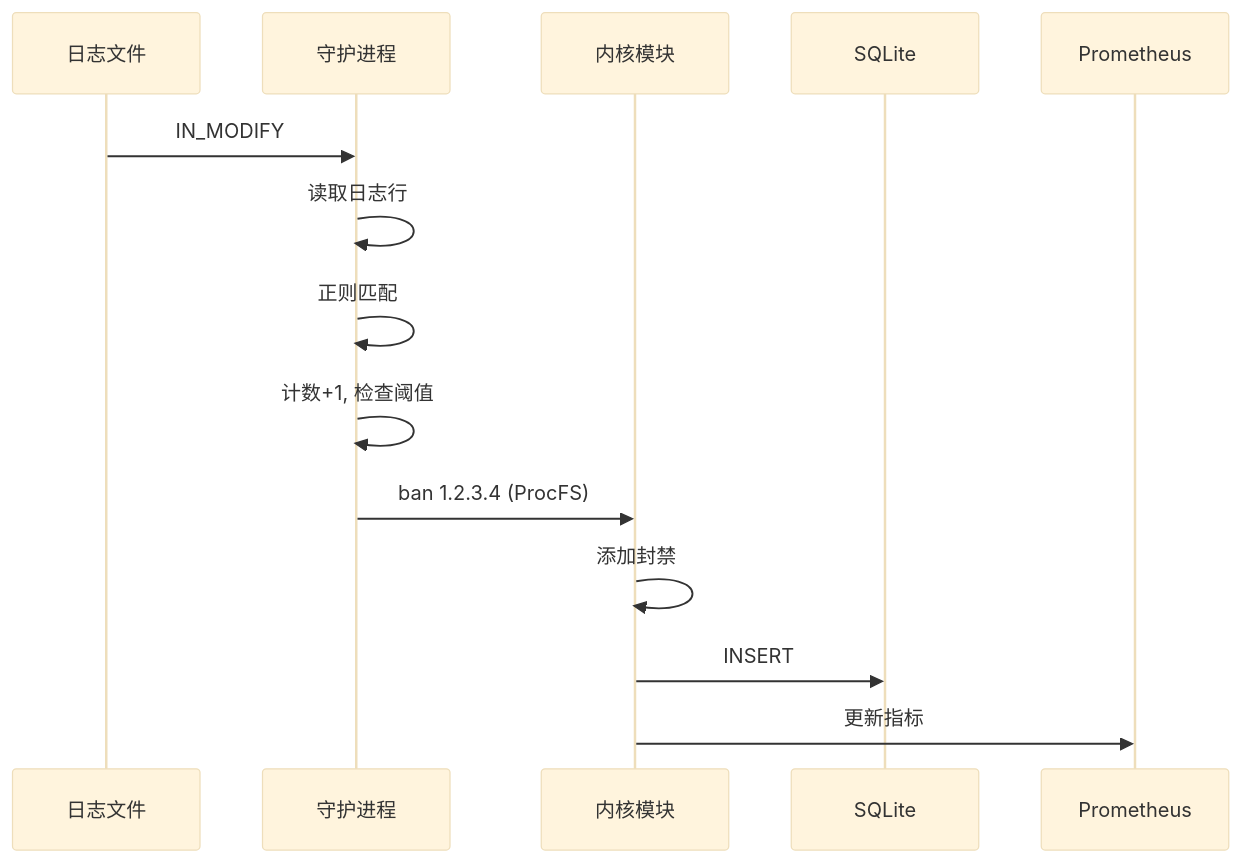
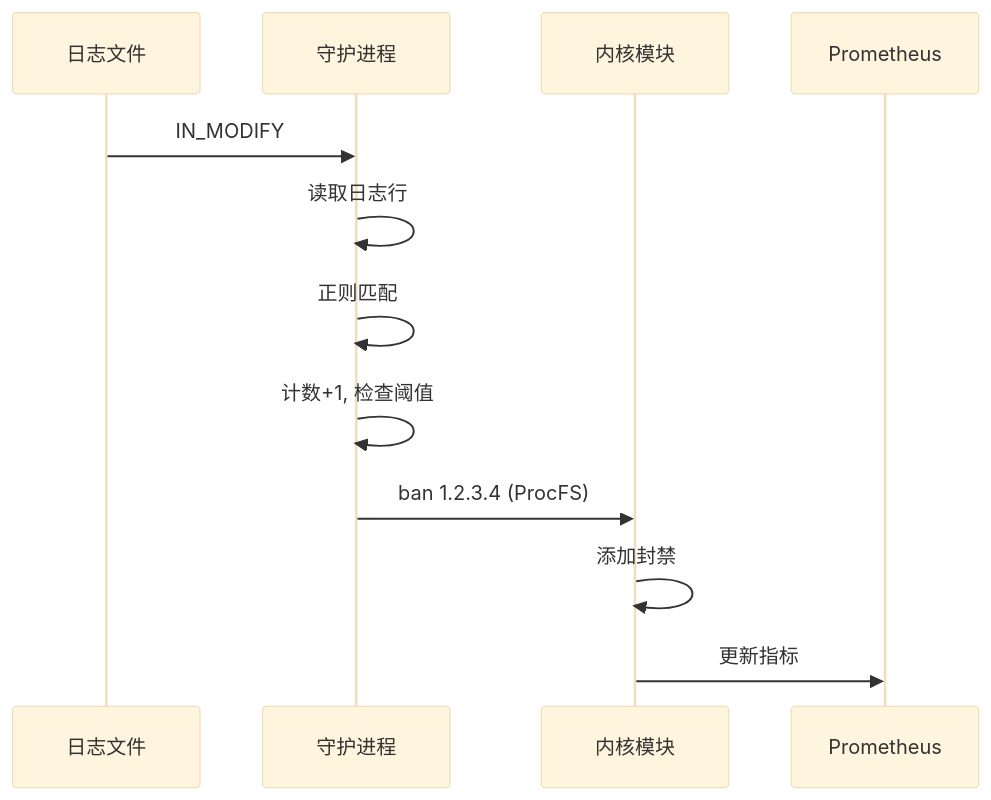
Before and after one commit to SnowCore8/linux-firewall-kmod: the sixth of 7 diagrams in docs/zh/architecture/data-flow.md, drawn with Mermaid (base theme). The commit also changed other lines of this file and 39 other files, not shown here.

````diff
--- a/docs/zh/architecture/data-flow.md
+++ b/docs/zh/architecture/data-flow.md
@@ -112,17 +107,15 @@
 ```mermaid
 sequenceDiagram
     participant Log as 日志文件
     participant Daemon as 守护进程
     participant Kernel as 内核模块
-    participant SQLite as SQLite
     participant Prometheus as Prometheus
 
     Log->>Daemon: IN_MODIFY
     Daemon->>Daemon: 读取日志行
     Daemon->>Daemon: 正则匹配
     Daemon->>Daemon: 计数+1, 检查阈值
     Daemon->>Kernel: ban 1.2.3.4 (ProcFS)
     Kernel->>Kernel: 添加封禁
-    Kernel->>SQLite: INSERT
     Kernel->>Prometheus: 更新指标
 ```
````
